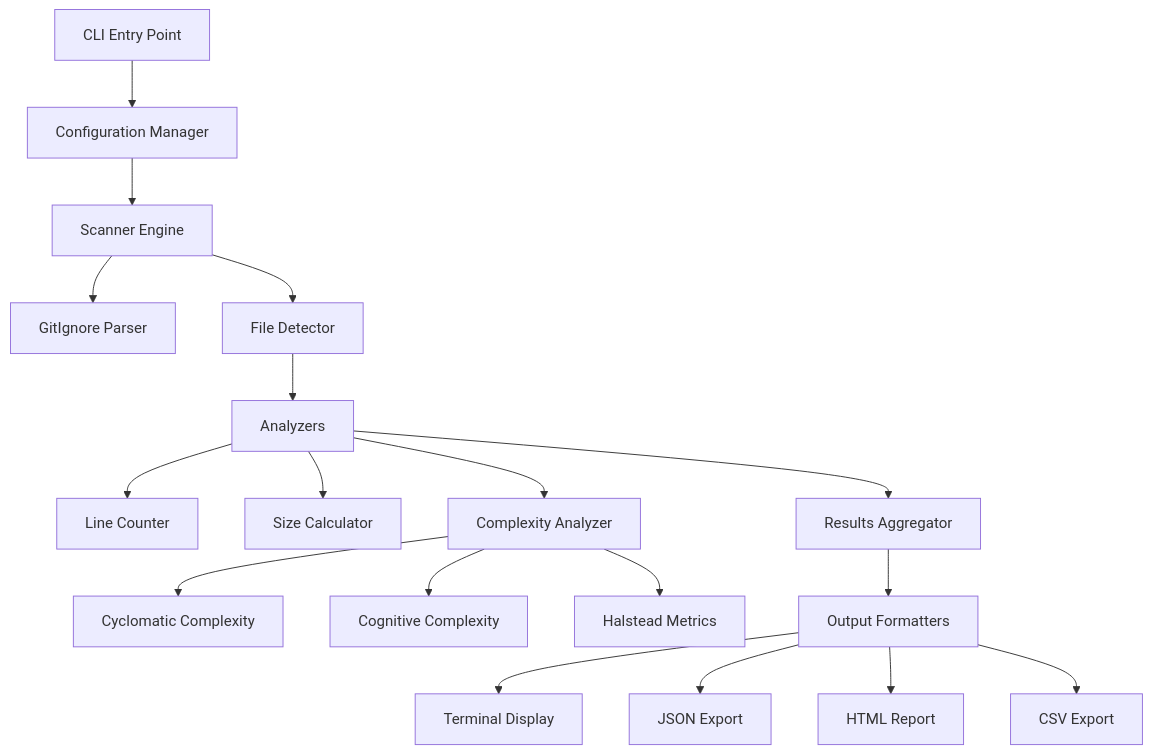
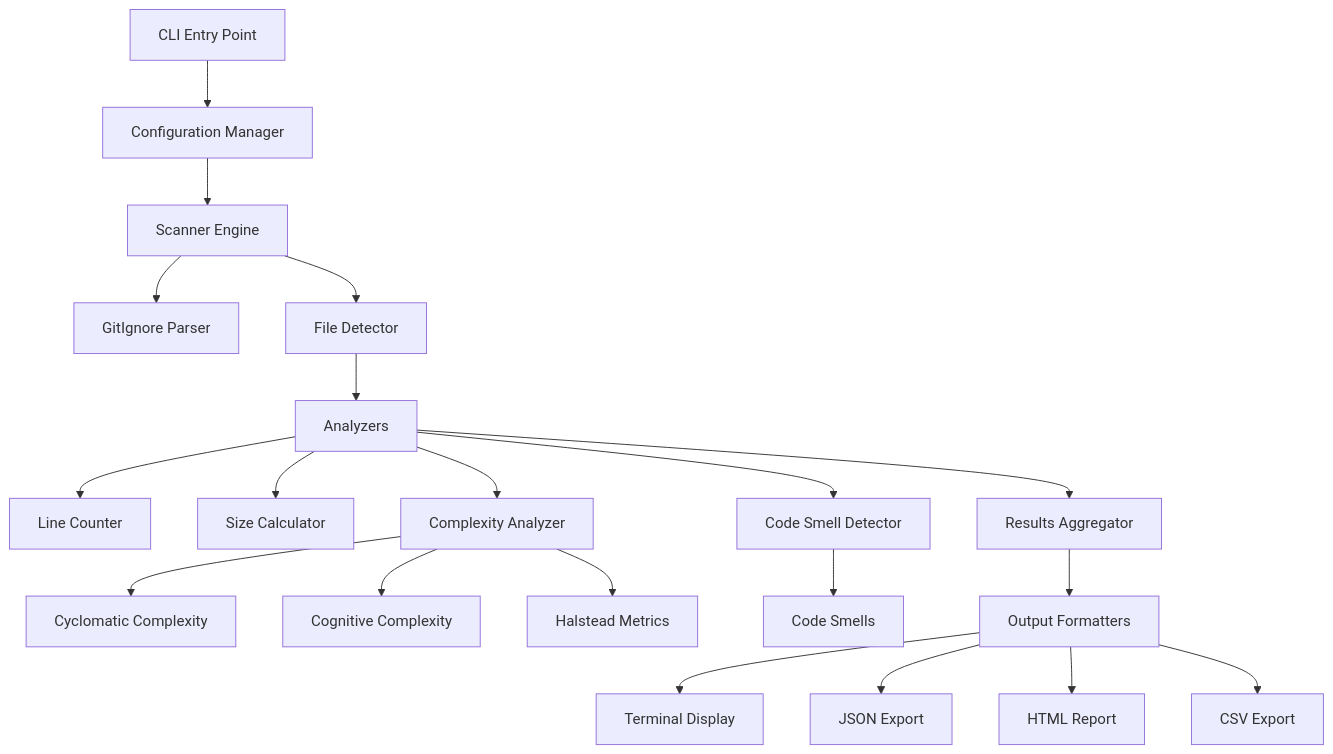
One commit to moinsen-dev/code_analyzer changed the diagram in PRD.md. Above: the diagram before and after it, drawn with Mermaid. The commit also changed other lines of this file, not shown here.

````diff
--- a/PRD.md
+++ b/PRD.md
@@ -112,20 +153,22 @@
 ```mermaid
 graph TD
     A[CLI Entry Point] --> B[Configuration Manager]
     B --> C[Scanner Engine]
     C --> D[GitIgnore Parser]
     C --> E[File Detector]
     E --> F[Analyzers]
     F --> G[Line Counter]
     F --> H[Size Calculator]
     F --> I[Complexity Analyzer]
     I --> J[Cyclomatic Complexity]
     I --> K[Cognitive Complexity]
     I --> L[Halstead Metrics]
-    F --> M[Results Aggregator]
-    M --> N[Output Formatters]
-    N --> O[Terminal Display]
-    N --> P[JSON Export]
-    N --> Q[HTML Report]
-    N --> R[CSV Export]
+    F --> M[Code Smell Detector]
+    F --> N[Results Aggregator]
+    M --> O[Code Smells]
+    N --> P[Output Formatters]
+    P --> Q[Terminal Display]
+    P --> R[JSON Export]
+    P --> S[HTML Report]
+    P --> T[CSV Export]
 ```
````
